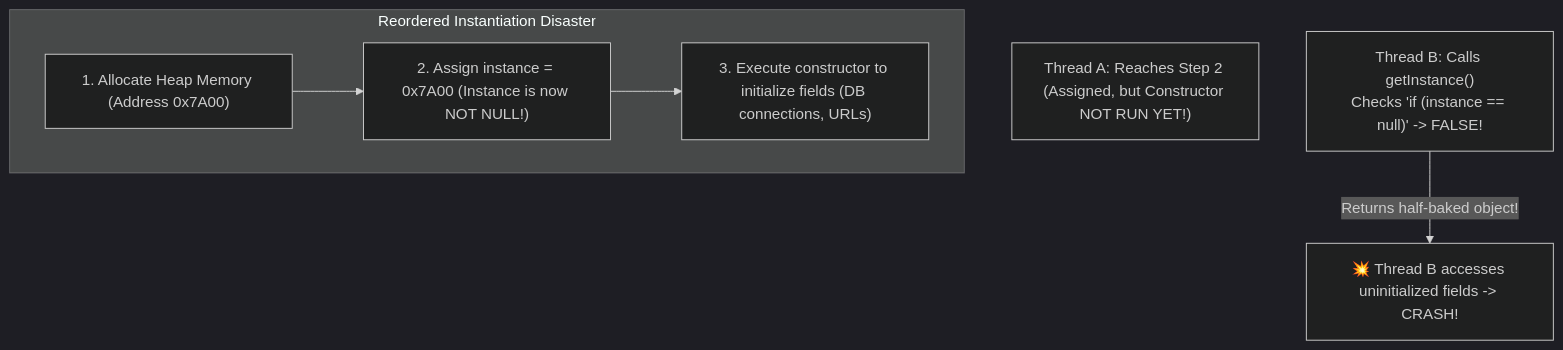
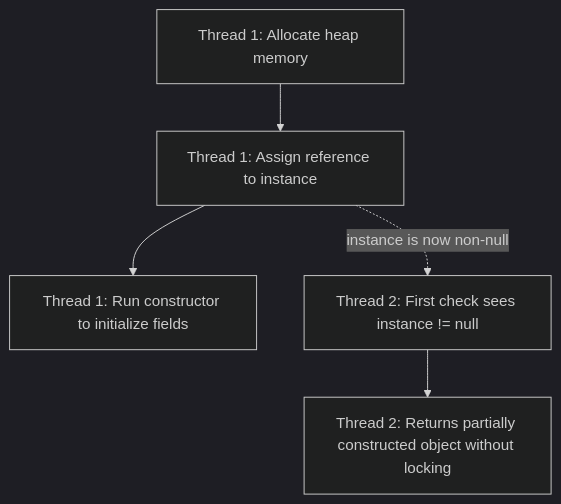
The fourth of 4 diagrams in content/roadmap/level-5/the-java-memory-model-jmm.md (ravishankar2463/java_hub), drawn with Mermaid (dark theme) before and after one commit. The commit also changed other lines of this file and 119 other files, not shown here.

Commit message:
feat: add comprehensive java learning roadmap content across multiple levels

````diff
--- a/content/roadmap/level-5/the-java-memory-model-jmm.md
+++ b/content/roadmap/level-5/the-java-memory-model-jmm.md
@@ -297,13 +362,7 @@
 ```mermaid
 flowchart TD
-    subgraph ReorderedInstantiation ["Reordered Instantiation Disaster"]
-        Step1["1. Allocate Heap Memory (Address 0x7A00)"]
-        Step2["2. Assign instance = 0x7A00 (Instance is now NOT NULL!)"]
-        Step3["3. Execute constructor to initialize fields (DB connections, URLs)"]
-        Step1 --> Step2 --> Step3
-    end
-
-    ThreadA["Thread A: Reaches Step 2 (Assigned, but Constructor NOT RUN YET!)"]
-    ThreadB["Thread B: Calls getInstance()<br/>Checks 'if (instance == null)' -&gt; FALSE!"]
-    ThreadB -->|"Returns half-baked object!"| Crash["💥 Thread B accesses uninitialized fields -&gt; CRASH!"]
+    T1A["Thread 1: Allocate heap memory"] --> T1B["Thread 1: Assign reference to instance"]
+    T1B --> T1C["Thread 1: Run constructor to initialize fields"]
+    T1B -.->|"instance is now non-null"| T2A["Thread 2: First check sees instance != null"]
+    T2A --> T2B["Thread 2: Returns partially constructed object without locking"]
 ```
````
